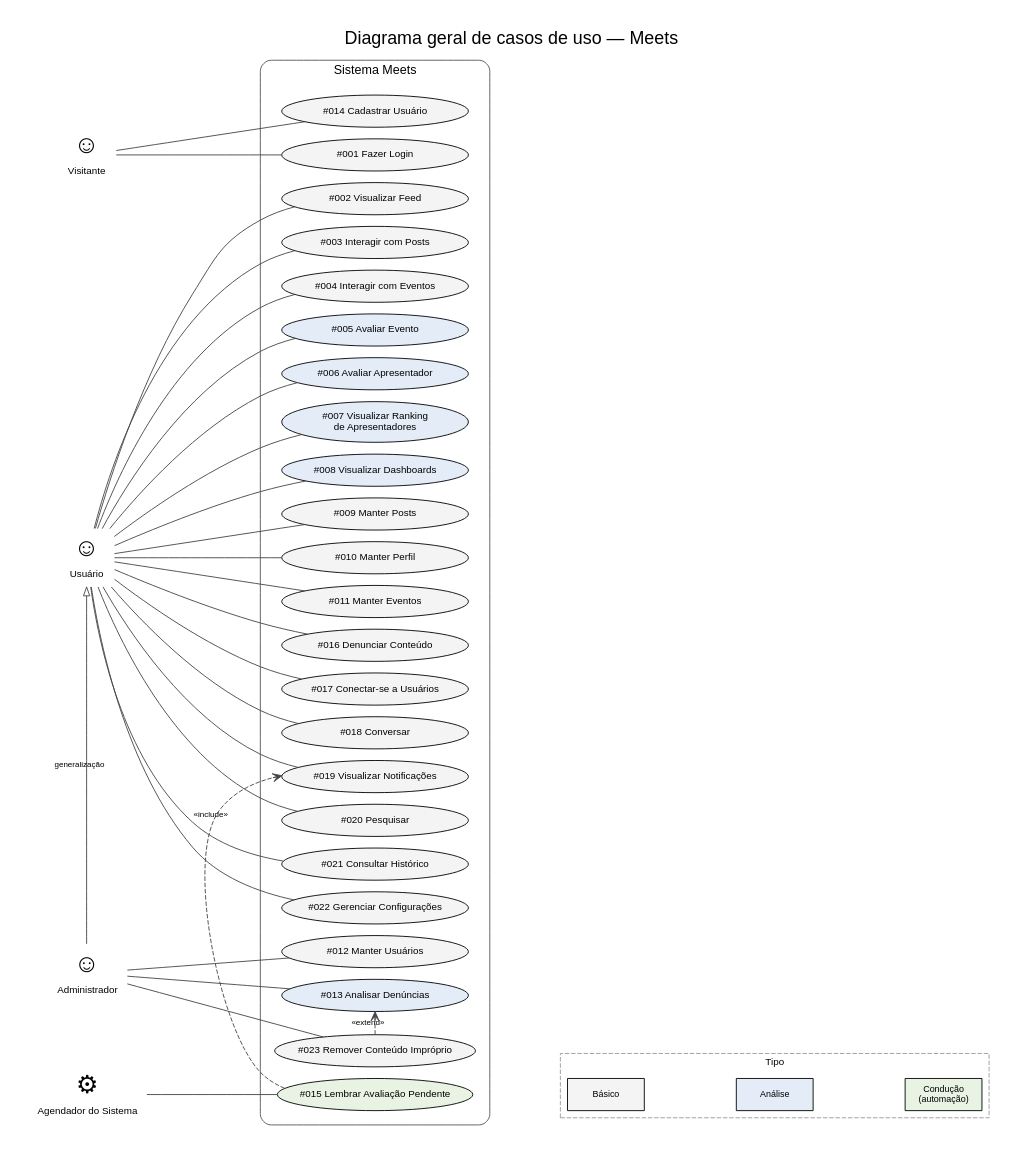
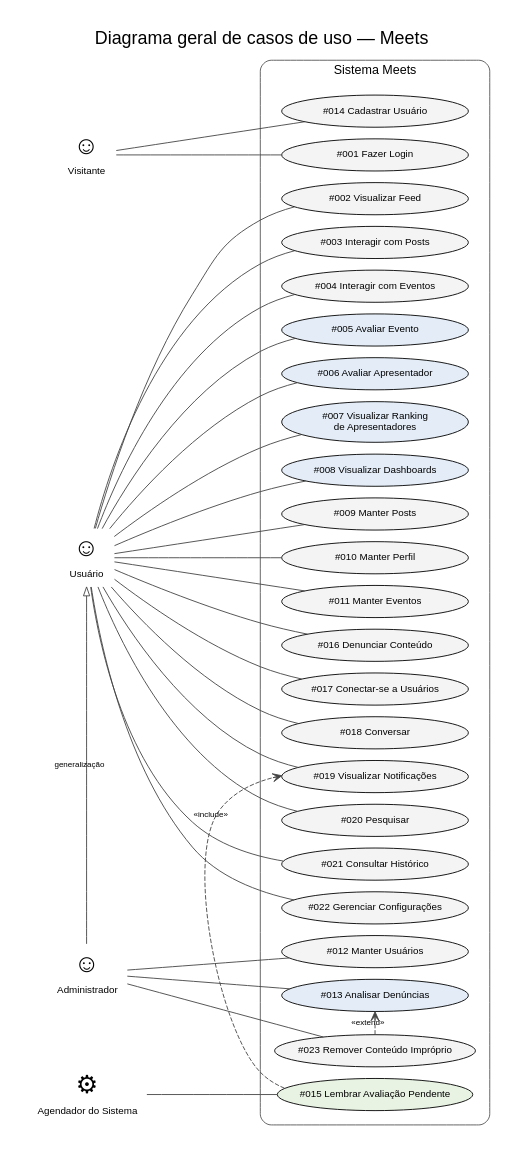
One commit to Meets-Project/Meets_LES changed the diagram in Documentação/Documentos Meets/diagramas_LES/fontes/casos-de-uso-geral.dot. Above: the diagram before and after it, drawn with Graphviz. The commit also changed 22 other files, not shown here.

```diff
--- a/Documentação/Documentos Meets/diagramas_LES/fontes/casos-de-uso-geral.dot
+++ b/Documentação/Documentos Meets/diagramas_LES/fontes/casos-de-uso-geral.dot
@@ -1,45 +1,38 @@
 // Diagrama geral de casos de uso do Meets. Gerar: dot -Tpng -Gdpi=130 casos-de-uso-geral.dot -o casos-de-uso-geral.png
 digraph UC {
   graph [rankdir=LR, ordering=out, fontname="Arial", label="Diagrama geral de casos de uso — Meets", labelloc=t, fontsize=20, nodesep=0.18, ranksep=1.4, pad=0.3];
   node [fontname="Arial", fontsize=11];
   edge [arrowhead=none, color="#444444"];
 
   VIS [label="Visitante", shape=plaintext, label=<<table border="0" cellborder="0"><tr><td><font point-size="28">&#9786;</font></td></tr><tr><td>Visitante</td></tr></table>>];
   USR [label=<<table border="0" cellborder="0"><tr><td><font point-size="28">&#9786;</font></td></tr><tr><td>Usuário</td></tr></table>>, shape=plaintext];
   ADM [label=<<table border="0" cellborder="0"><tr><td><font point-size="28">&#9786;</font></td></tr><tr><td>Administrador</td></tr></table>>, shape=plaintext];
   AGD [label=<<table border="0" cellborder="0"><tr><td><font point-size="28">&#9881;</font></td></tr><tr><td>Agendador do Sistema</td></tr></table>>, shape=plaintext];
 
   subgraph cluster_sys {
     label="Sistema Meets"; fontsize=14; style=rounded; color="#555555"; margin=16;
     node [shape=ellipse, style=filled, fillcolor="#f4f4f4", width=2.9, fixedsize=false];
     uc014 [label="#014 Cadastrar Usuário"]; uc001 [label="#001 Fazer Login"];
     uc002 [label="#002 Visualizar Feed"]; uc003 [label="#003 Interagir com Posts"]; uc004 [label="#004 Interagir com Eventos"];
     uc005 [label="#005 Avaliar Evento", fillcolor="#e3ecf7"]; uc006 [label="#006 Avaliar Apresentador", fillcolor="#e3ecf7"];
     uc007 [label="#007 Visualizar Ranking\nde Apresentadores", fillcolor="#e3ecf7"]; uc008 [label="#008 Visualizar Dashboards", fillcolor="#e3ecf7"];
     uc009 [label="#009 Manter Posts"]; uc010 [label="#010 Manter Perfil"]; uc011 [label="#011 Manter Eventos"];
     uc016 [label="#016 Denunciar Conteúdo"]; uc017 [label="#017 Conectar-se a Usuários"]; uc018 [label="#018 Conversar"];
     uc019 [label="#019 Visualizar Notificações"]; uc020 [label="#020 Pesquisar"]; uc021 [label="#021 Consultar Histórico"];
     uc022 [label="#022 Gerenciar Configurações"];
     uc012 [label="#012 Manter Usuários"]; uc013 [label="#013 Analisar Denúncias", fillcolor="#e3ecf7"]; uc023 [label="#023 Remover Conteúdo Impróprio"];
     uc015 [label="#015 Lembrar Avaliação Pendente", fillcolor="#e8f3e3"];
   }
 
-  // legenda
-  subgraph cluster_leg { label="Tipo"; fontsize=11; style=dashed; color="#999999";
-    node [shape=box, style=filled, fontsize=10, width=1.2];
-    l1 [label="Básico", fillcolor="#f4f4f4"]; l2 [label="Análise", fillcolor="#e3ecf7"]; l3 [label="Condução\n(automação)", fillcolor="#e8f3e3"];
-    l1 -> l2 -> l3 [style=invis];
-  }
 
   VIS -> uc014; VIS -> uc001;
   USR -> {uc002 uc003 uc004 uc005 uc006 uc007 uc008 uc009 uc010 uc011 uc016 uc017 uc018 uc019 uc020 uc021 uc022};
   ADM -> {uc012 uc013 uc023};
   ADM -> USR [arrowhead=onormal, style=solid, constraint=false, label="generalização", fontsize=9, fontname="Arial"];
   AGD -> uc015 [dir=forward, arrowhead=none];
   uc015 -> uc019 [style=dashed, arrowhead=vee, label="«include»", fontsize=9, fontname="Arial", constraint=false];
   uc023 -> uc013 [style=dashed, arrowhead=vee, label="«extend»", fontsize=9, fontname="Arial", constraint=false];
 
   VIS -> USR -> ADM [style=invis];
   {rank=same; VIS; USR; ADM;}
-  uc015 -> l1 [style=invis];
 }
```
